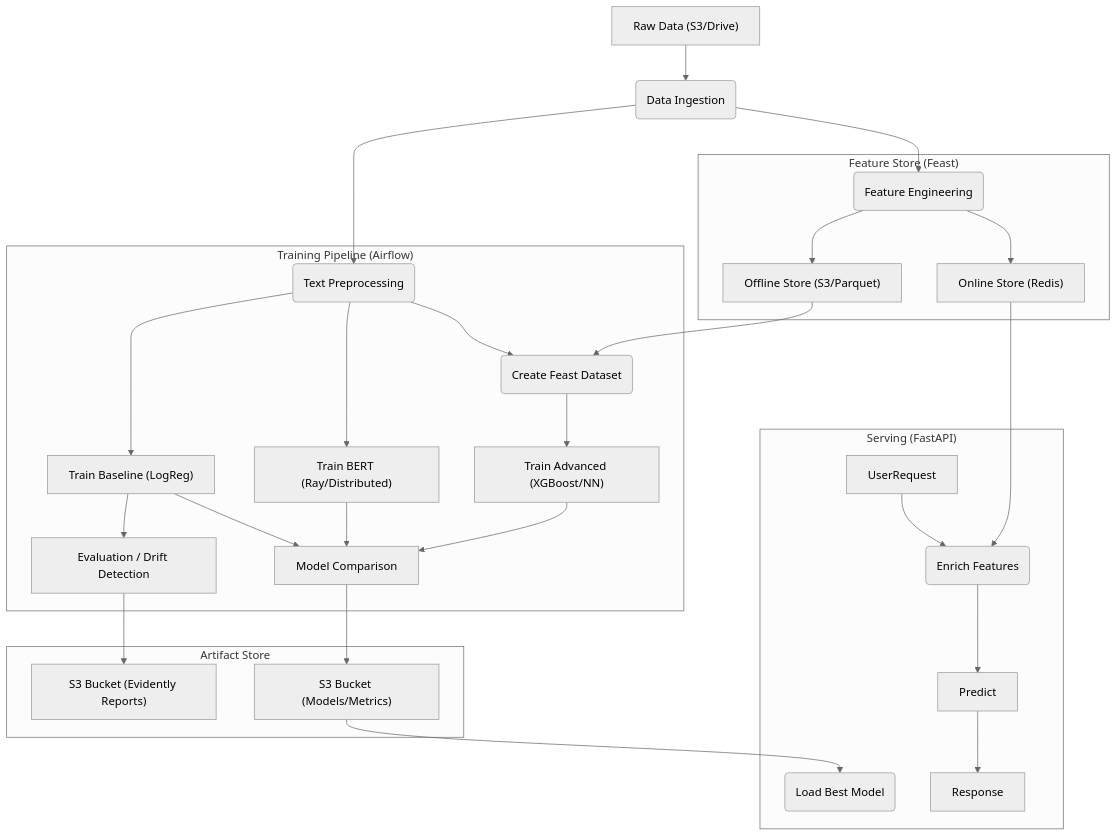
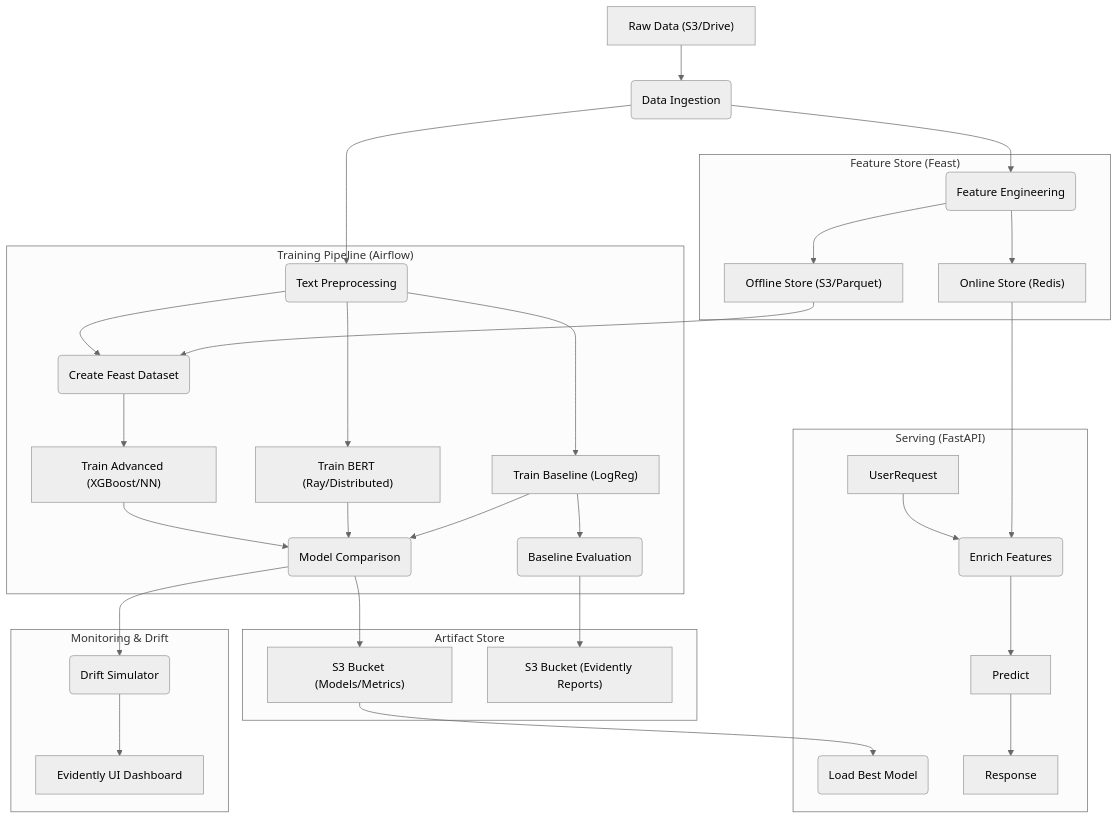
The diagram in Projects/IMDB_Spoiler_Shield/README.md (BalajiGurusala/AI), drawn with Mermaid (neutral theme) before and after one commit. The commit also changed other lines of this file and 6 other files, not shown here.

````diff
--- a/Projects/IMDB_Spoiler_Shield/README.md
+++ b/Projects/IMDB_Spoiler_Shield/README.md
@@ -9,36 +9,41 @@
 ```mermaid
 graph TD
     Data["Raw Data (S3/Drive)"] --> Ingest("Data Ingestion")
     Ingest --> Preprocess("Text Preprocessing")
     Ingest --> FeatureEng("Feature Engineering")
     
     subgraph "Feature Store (Feast)"
         FeatureEng --> Offline["Offline Store (S3/Parquet)"]
         FeatureEng --> Online["Online Store (Redis)"]
     end
     
     subgraph "Training Pipeline (Airflow)"
         Preprocess --> Baseline["Train Baseline (LogReg)"]
         Preprocess --> BERT["Train BERT (Ray/Distributed)"]
         
         Offline --> CreateDS("Create Feast Dataset")
         Preprocess --> CreateDS
         CreateDS --> Advanced["Train Advanced (XGBoost/NN)"]
         
-        Baseline --> Eval["Evaluation / Drift Detection"]
-        Baseline --> Compare["Model Comparison"]
+        Baseline --> Eval("Baseline Evaluation")
+        Baseline --> Compare("Model Comparison")
         BERT --> Compare
         Advanced --> Compare
     end
     
     subgraph "Artifact Store"
         Compare --> S3Artifacts["S3 Bucket (Models/Metrics)"]
         Eval --> S3Reports["S3 Bucket (Evidently Reports)"]
     end
+
+    subgraph "Monitoring & Drift"
+        Compare --> Sim("Drift Simulator")
+        Sim --> Dash["Evidently UI Dashboard"]
+    end
     
     subgraph "Serving (FastAPI)"
         S3Artifacts --> LoadModel("Load Best Model")
         Online --> Enrich("Enrich Features")
         UserRequest --> Enrich --> Predict --> Response
     end
 ```
````
